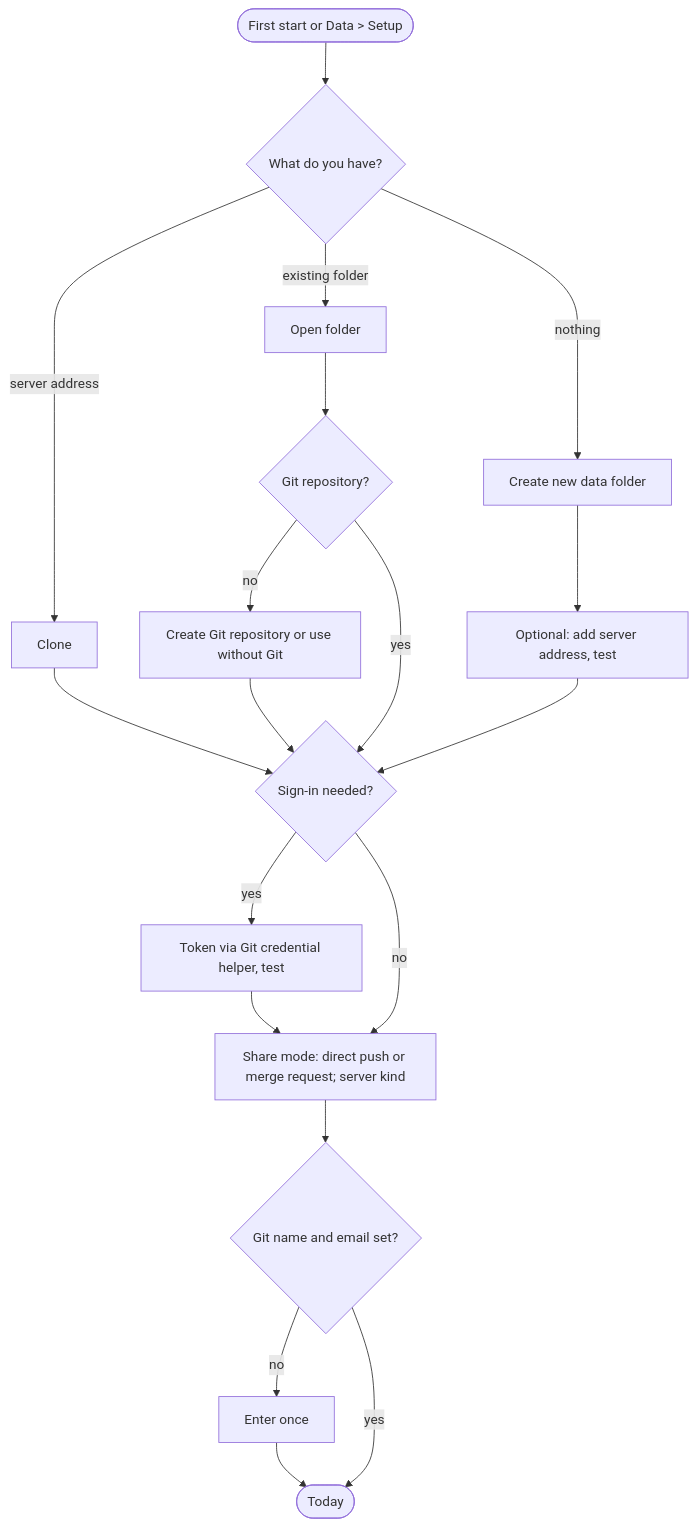
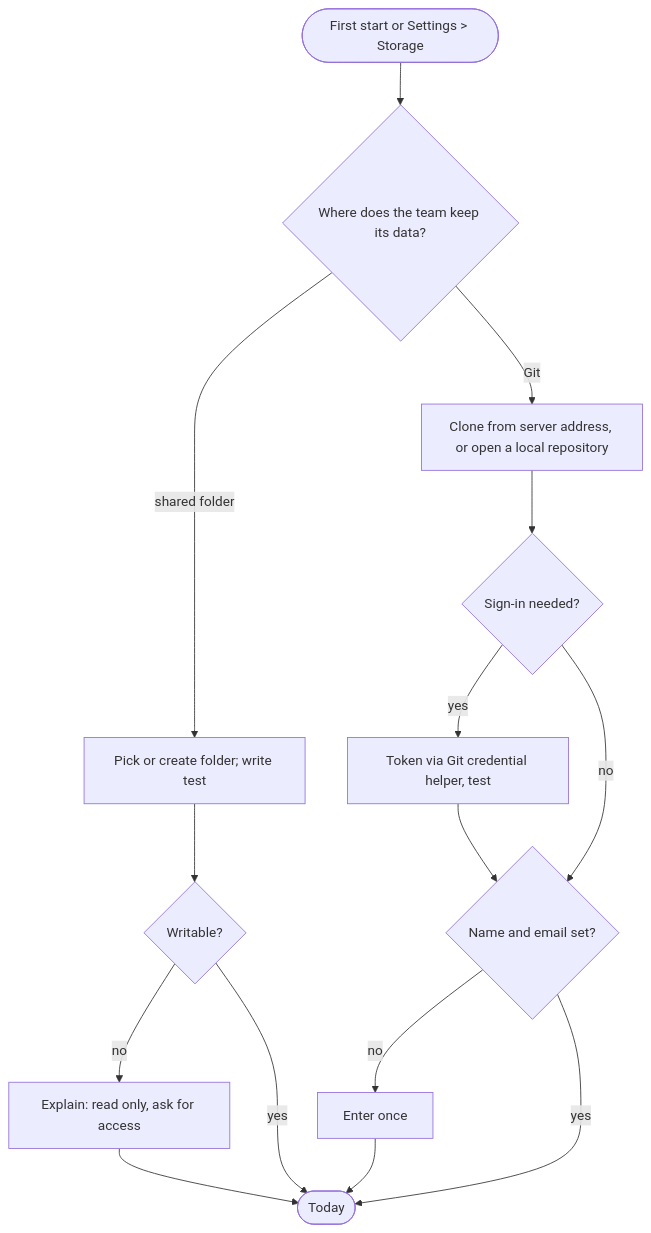
One commit to swallat/foresprint changed the ninth of 15 diagrams in docs/redesign/flows.md. Above: the diagram before and after it, drawn with Mermaid. The commit also changed other lines of this file and 1 other file, not shown here.

First line of the commit message:
Make data flows storage-neutral (shared folder or Git) and define the storage interface

````diff
--- a/docs/redesign/flows.md
+++ b/docs/redesign/flows.md
@@ -271,15 +270,14 @@
 ```mermaid
 flowchart TD
-  S([First start or Data > Setup]) --> C{What do you have?}
-  C -- server address --> CL[Clone] --> SI
-  C -- existing folder --> OP[Open folder] --> GI{Git repository?}
-  GI -- no --> MK[Create Git repository or use without Git] --> SI
-  GI -- yes --> SI
-  C -- nothing --> NW[Create new data folder] --> SV[Optional: add server address, test]
-  SV --> SI
-  SI{Sign-in needed?} -- yes --> TK[Token via Git credential helper, test] --> MR
-  SI -- no --> MR[Share mode: direct push or merge request; server kind]
-  MR --> ID{Git name and email set?}
+  S([First start or Settings > Storage]) --> K{Where does the team keep its data?}
+  K -- shared folder --> F[Pick or create folder; write test]
+  F --> FR{Writable?}
+  FR -- no --> FE[Explain: read only, ask for access] --> T
+  FR -- yes --> T([Today])
+  K -- Git --> G[Clone from server address, or open a local repository]
+  G --> SI{Sign-in needed?}
+  SI -- yes --> TK[Token via Git credential helper, test] --> ID
+  SI -- no --> ID{Name and email set?}
   ID -- no --> IDF[Enter once] --> T
-  ID -- yes --> T([Today])
+  ID -- yes --> T
 ```
````
